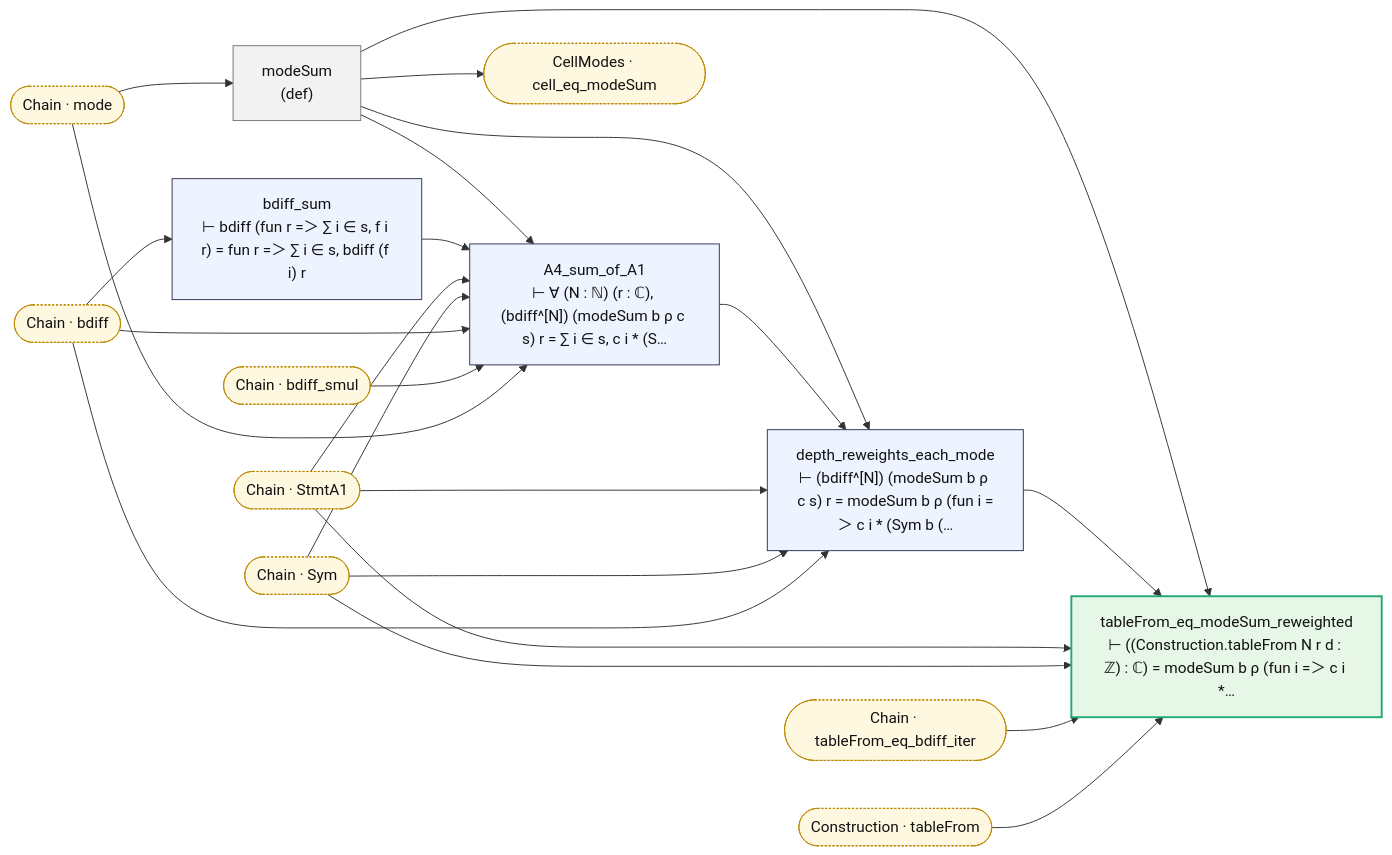
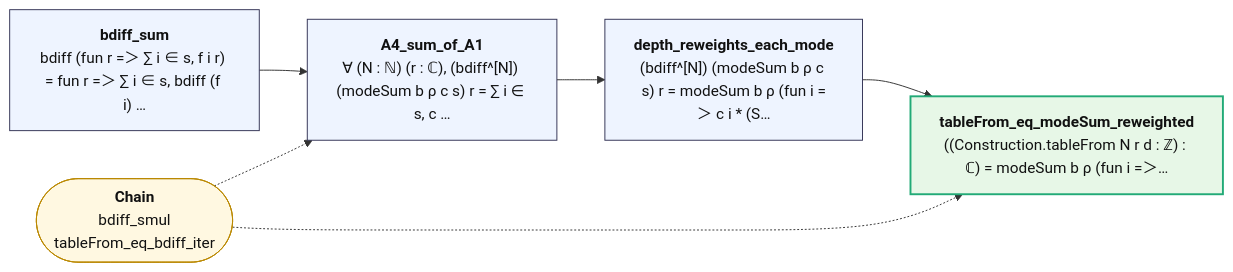
Before and after one commit to juliansambranojr/Primebeat_081426: the diagram in map/lean/Superposition.md, drawn with Mermaid. The commit also changed other lines of this file and 387 other files, not shown here.

First line of the commit message:
map/: arrows now come from Lean's own record of what each proof uses; every theorem gets Proves, Needs, Fed by, Feeds; chain pages for the long ends; ALL.md; RECONCILE.md

````diff
--- a/map/lean/Superposition.md
+++ b/map/lean/Superposition.md
@@ -8,43 +12,18 @@
 ```mermaid
 flowchart LR
-  n0["modeSum<br/>(def)"]:::dfn
-  n1["bdiff_sum<br/>⊢ bdiff (fun r =＞ ∑ i ∈ s, f i r) = fun r =＞ ∑ i ∈ s, bdiff (f i) r"]:::thm
-  n2["A4_sum_of_A1<br/>⊢ ∀ (N : ℕ) (r : ℂ), (bdiff^[N]) (modeSum b ρ c s) r = ∑ i ∈ s, c i * (S…"]:::thm
-  n3["depth_reweights_each_mode<br/>⊢ (bdiff^[N]) (modeSum b ρ c s) r = modeSum b ρ (fun i =＞ c i * (Sym b (…"]:::thm
-  n4["tableFrom_eq_modeSum_reweighted<br/>⊢ ((Construction.tableFrom N r d : ℤ) : ℂ) = modeSum b ρ (fun i =＞ c i *…"]:::end_
-  x0(["Chain · StmtA1"]):::ext
-  x1(["Chain · Sym"]):::ext
-  x2(["Chain · bdiff"]):::ext
-  x3(["Chain · bdiff_smul"]):::ext
-  x4(["Chain · mode"]):::ext
-  x5(["Chain · tableFrom_eq_bdiff_iter"]):::ext
-  x6(["Construction · tableFrom"]):::ext
-  x7(["CellModes · cell_eq_modeSum"]):::ext
-  n0 --> n2
-  n0 --> n3
-  n0 --> n4
-  n0 --> x7
+  n0["<b>bdiff_sum</b><br/>bdiff (fun r =＞ ∑ i ∈ s, f i r) = fun r =＞ ∑ i ∈ s, bdiff (f i) …"]:::thm
+  n1["<b>A4_sum_of_A1</b><br/>∀ (N : ℕ) (r : ℂ), (bdiff^[N]) (modeSum b ρ c s) r = ∑ i ∈ s, c …"]:::thm
+  n2["<b>depth_reweights_each_mode</b><br/>(bdiff^[N]) (modeSum b ρ c s) r = modeSum b ρ (fun i =＞ c i * (S…"]:::thm
+  n3["<b>tableFrom_eq_modeSum_reweighted</b><br/>((Construction.tableFrom N r d : ℤ) : ℂ) = modeSum b ρ (fun i =＞…"]:::end_
+  x0(["<b>Chain</b><br/>bdiff_smul<br/>tableFrom_eq_bdiff_iter"]):::ext
+  n0 --> n1
   n1 --> n2
   n2 --> n3
-  n3 --> n4
-  x0 --> n2
-  x0 --> n3
-  x0 --> n4
-  x1 --> n2
-  x1 --> n3
-  x1 --> n4
-  x2 --> n1
-  x2 --> n2
-  x2 --> n3
-  x3 --> n2
-  x4 --> n0
-  x4 --> n2
-  x5 --> n4
-  x6 --> n4
+  x0 -.-> n1
+  x0 -.-> n3
   classDef thm fill:#eef4ff,stroke:#335,color:#111
-  classDef dfn fill:#f2f2f2,stroke:#777,color:#111
   classDef end_ fill:#e7f7e7,stroke:#2a7,color:#111,stroke-width:2px
   classDef lone fill:#fff,stroke:#999,color:#111,stroke-dasharray:4 3
   classDef bad fill:#ffe5e5,stroke:#c22,color:#111,stroke-width:2px
-  classDef ext fill:#fff8e1,stroke:#b80,color:#111,stroke-dasharray:2 2
+  classDef ext fill:#fff8e1,stroke:#b80,color:#111
 ```
````
